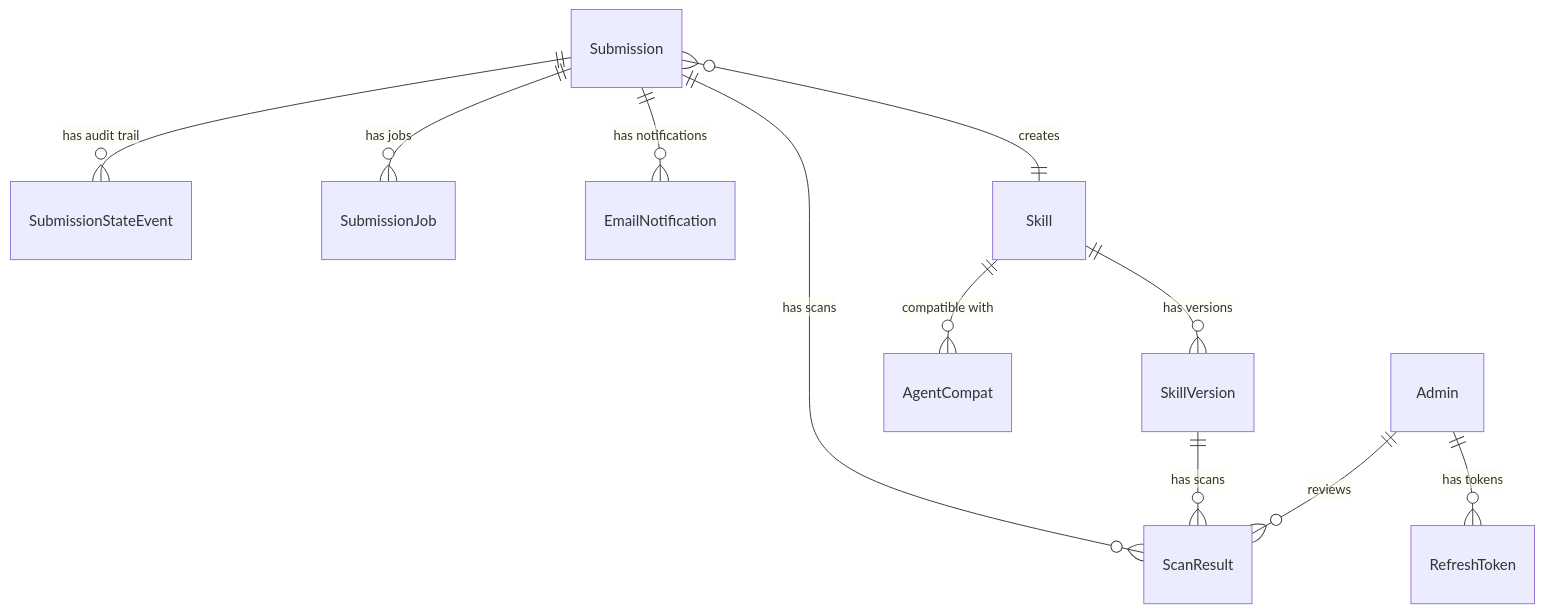
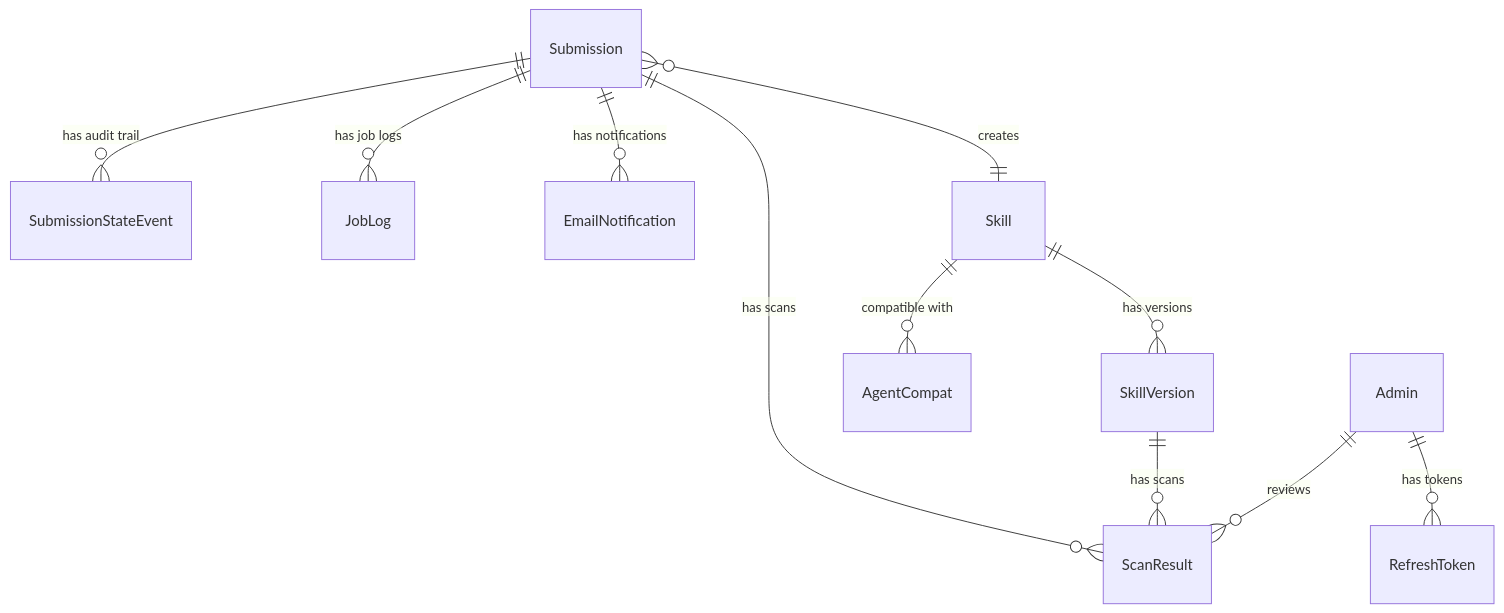
Before and after one commit to anton-abyzov/specweave: the diagram in .specweave/increments/0217-skill-security-extensibility-standard/research/database-schema.md, drawn with Mermaid. The commit also changed other lines of this file and 82 other files, not shown here.

````diff
--- a/.specweave/increments/0217-skill-security-extensibility-standard/research/database-schema.md
+++ b/.specweave/increments/0217-skill-security-extensibility-standard/research/database-schema.md
@@ -366,16 +365,16 @@
 ```mermaid
 erDiagram
     Submission ||--o{ ScanResult : "has scans"
     Submission ||--o{ SubmissionStateEvent : "has audit trail"
-    Submission ||--o{ SubmissionJob : "has jobs"
+    Submission ||--o{ JobLog : "has job logs"
     Submission ||--o{ EmailNotification : "has notifications"
     Submission }o--|| Skill : "creates"
 
     Skill ||--o{ SkillVersion : "has versions"
     Skill ||--o{ AgentCompat : "compatible with"
 
     SkillVersion ||--o{ ScanResult : "has scans"
 
     Admin ||--o{ RefreshToken : "has tokens"
     Admin ||--o{ ScanResult : "reviews"
 ```
````
